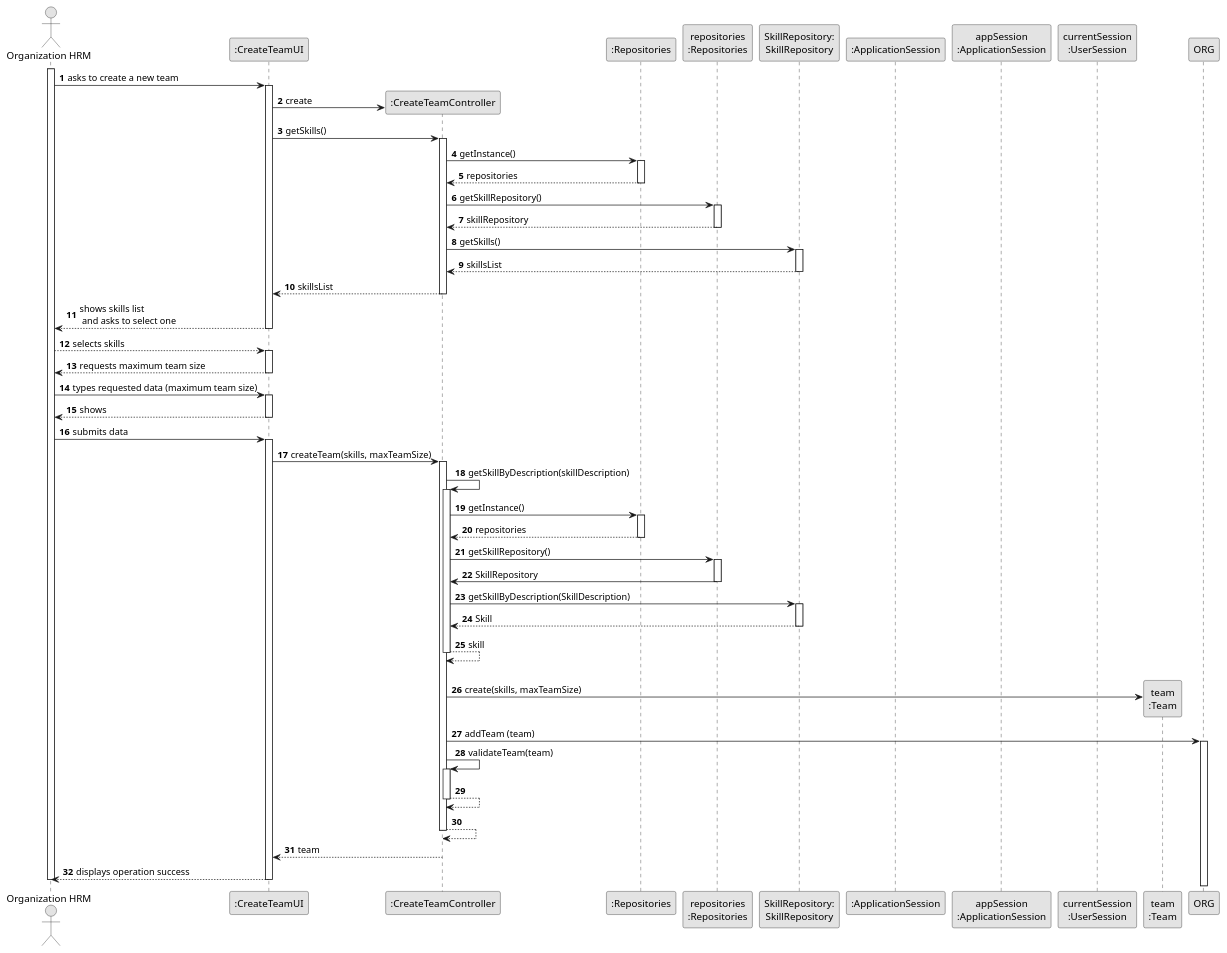
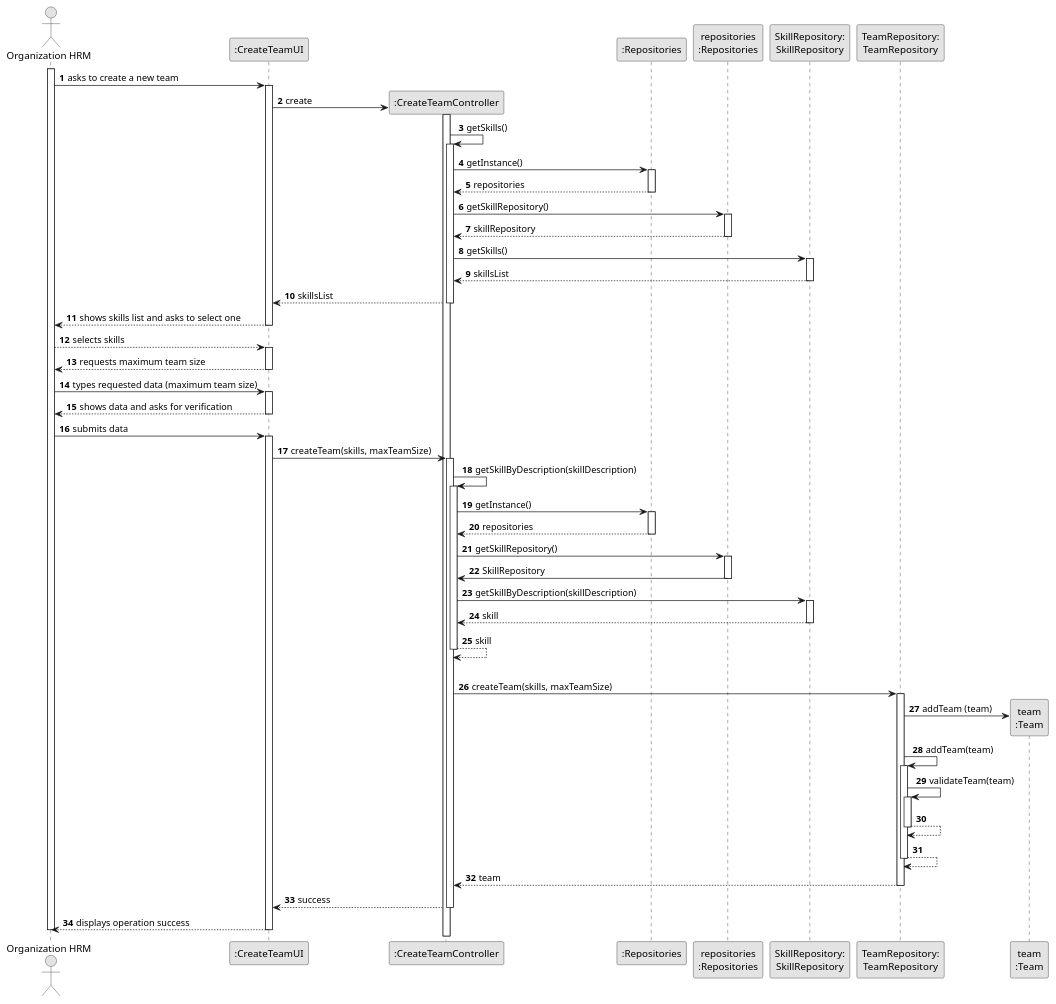
One commit to ricardomm7/leaflink changed the diagram in docs/sprintB/us005/03.design/puml/us005-sequence-diagram-full.puml. Above: the diagram before and after it, drawn with PlantUML. The commit also changed 3 other files, not shown here.

```diff
--- a/docs/sprintB/us005/03.design/puml/us005-sequence-diagram-full.puml
+++ b/docs/sprintB/us005/03.design/puml/us005-sequence-diagram-full.puml
@@ -1,117 +1,122 @@
 @startuml
 skinparam monochrome true
 skinparam packageStyle rectangle
 skinparam shadowing false
 
 autonumber
 
 'hide footbox
 actor "Organization HRM" as ADM
 participant ":CreateTeamUI" as UI
 participant ":CreateTeamController" as CTRL
 participant ":Repositories" as RepositorySingleton
 participant "repositories\n:Repositories" as PLAT
 participant "SkillRepository:\nSkillRepository" as SkillRepository
-participant ":ApplicationSession" as _APP
-participant "appSession\n:ApplicationSession" as APP
-participant "currentSession\n:UserSession" as SESSAO
+participant "TeamRepository:\nTeamRepository" as TeamRepository
 participant "team\n:Team" as Team
 
 activate ADM
 
     ADM -> UI : asks to create a new team
     activate UI
 
                 UI -> CTRL** : create
 
-                UI -> CTRL : getSkills()
                 activate CTRL
+
+                    CTRL -> CTRL : getSkills()
+                    activate CTRL
 
                     CTRL -> RepositorySingleton : getInstance()
                     activate RepositorySingleton
 
                         RepositorySingleton --> CTRL: repositories
                     deactivate RepositorySingleton
 
                     CTRL -> PLAT : getSkillRepository()
                     activate PLAT
 
                         PLAT --> CTRL: skillRepository
                     deactivate PLAT
 
                     CTRL -> SkillRepository : getSkills()
                     activate SkillRepository
 
                         SkillRepository --> CTRL : skillsList
                     deactivate SkillRepository
 
                     CTRL --> UI : skillsList
                 deactivate CTRL
 
-                UI --> ADM : shows skills list\n and asks to select one
+                UI --> ADM : shows skills list and asks to select one
             deactivate UI
 
         ADM --> UI : selects skills
         activate UI
 
         UI --> ADM : requests maximum team size
     deactivate UI
 
     ADM -> UI : types requested data (maximum team size)
     activate UI
 
-        UI --> ADM : shows
+        UI --> ADM : shows data and asks for verification
     deactivate UI
 
     ADM -> UI : submits data
     activate UI
 
         UI -> CTRL : createTeam(skills, maxTeamSize)
         activate CTRL
 
             CTRL -> CTRL : getSkillByDescription(skillDescription)
             activate CTRL
 
                 CTRL -> RepositorySingleton : getInstance()
                 activate RepositorySingleton
 
                     RepositorySingleton --> CTRL: repositories
                 deactivate RepositorySingleton
 
                 CTRL -> PLAT : getSkillRepository()
                 activate PLAT
 
                     PLAT -> CTRL : SkillRepository
                 deactivate PLAT
 
-                CTRL -> SkillRepository : getSkillByDescription(SkillDescription)
+                CTRL -> SkillRepository : getSkillByDescription(skillDescription)
                 activate SkillRepository
 
-                    SkillRepository --> CTRL : Skill
+                    SkillRepository --> CTRL : skill
                 deactivate SkillRepository
                     CTRL --> CTRL : skill
             deactivate CTRL
 
 
             |||
-                CTRL -> Team**: create(skills, maxTeamSize)
-                CTRL -> ORG: addTeam (team)
+                CTRL -> TeamRepository: createTeam(skills, maxTeamSize)
+                activate TeamRepository
 
+                TeamRepository -> Team**: addTeam (team)
 
-                activate ORG
-                    CTRL -> CTRL: validateTeam(team)
-                    activate CTRL
-                        CTRL --> CTRL
-                    deactivate CTRL
+                    TeamRepository -> TeamRepository: addTeam(team)
+                    activate TeamRepository
+                        TeamRepository -> TeamRepository: validateTeam(team)
+                        activate TeamRepository
+                            TeamRepository --> TeamRepository
+                            deactivate TeamRepository
 
-                    CTRL --> CTRL
-                deactivate CTRL
+                    TeamRepository --> TeamRepository
+                deactivate TeamRepository
 
-            CTRL --> UI: team
+            TeamRepository --> CTRL: team
+            deactivate TeamRepository
+
+            CTRL --> UI : success
             deactivate CTRL
             UI --> ADM: displays operation success
     deactivate UI
 
 deactivate ADM
 
 @enduml
```
